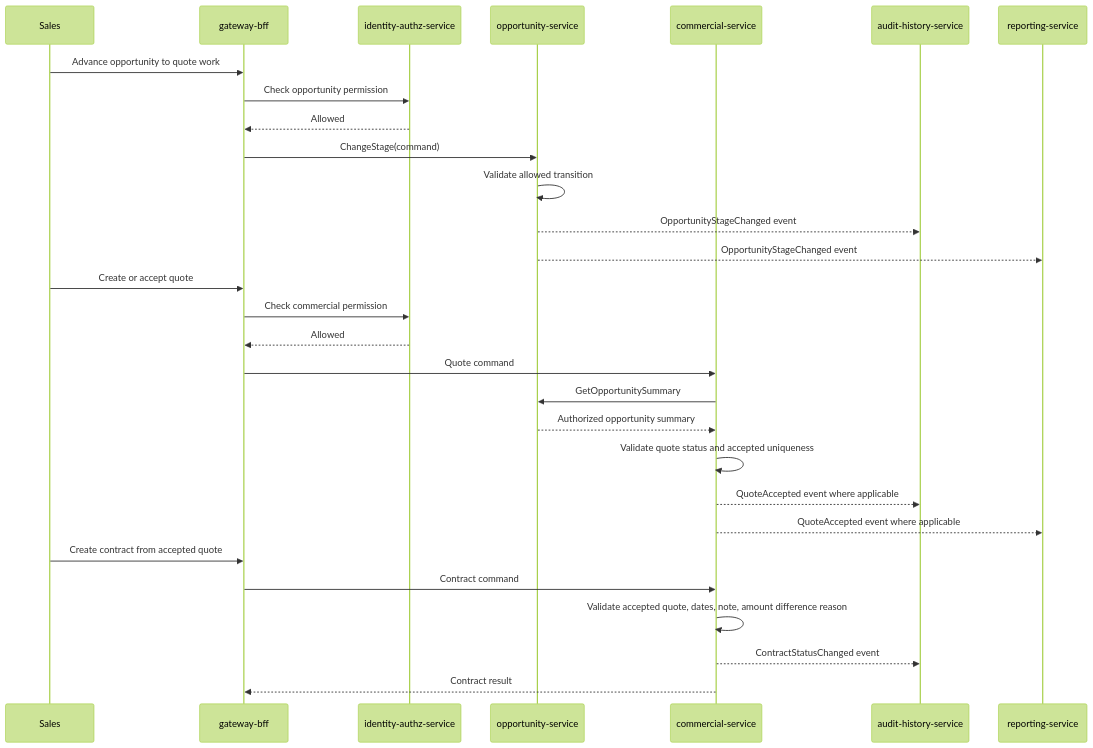
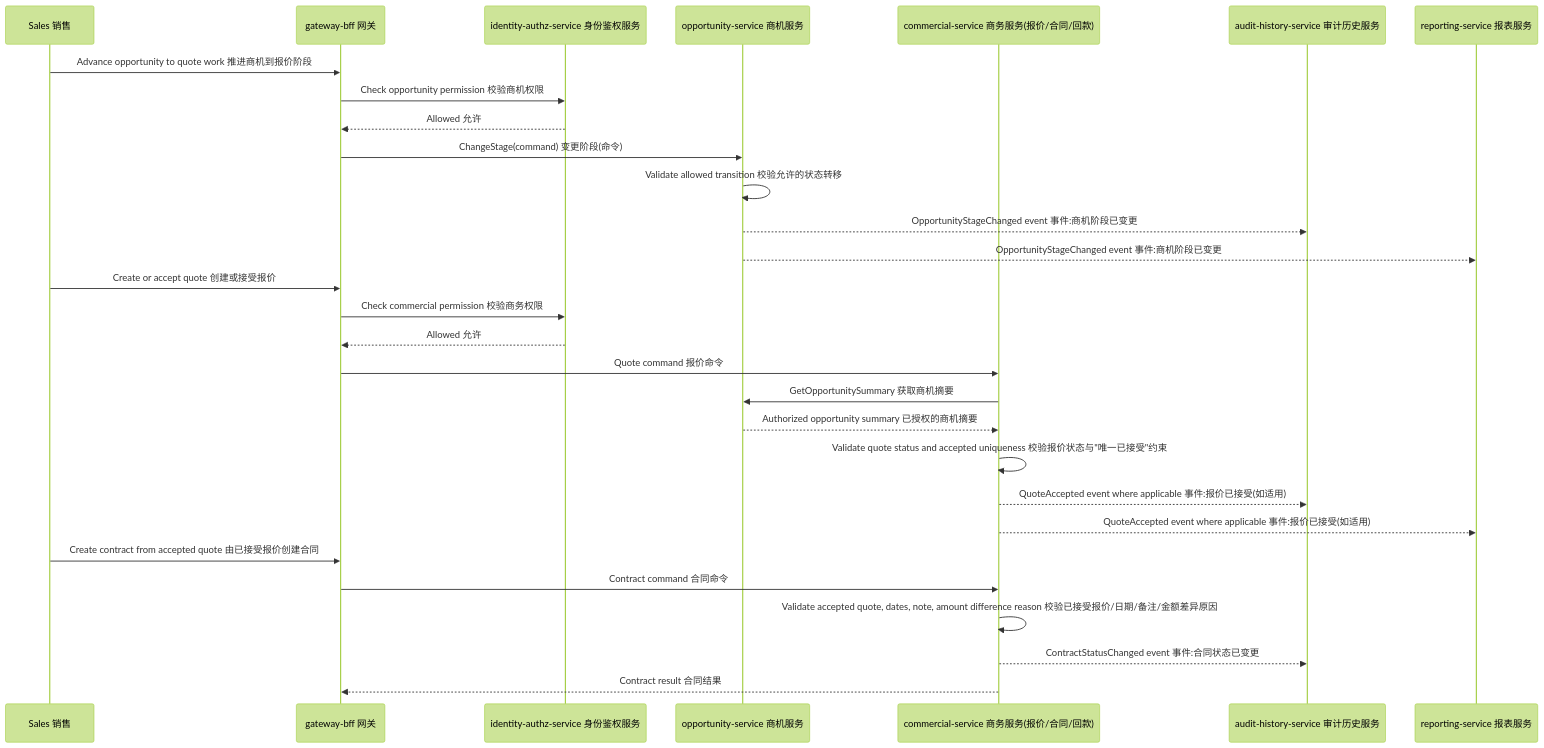
Before and after one commit to Neil996777/crm-system: the fifth of 14 diagrams in docs/architecture/architecture.md, drawn with Mermaid (forest theme). The commit also changed other lines of this file and 33 other files, not shown here.

````diff
--- a/docs/architecture/architecture.md
+++ b/docs/architecture/architecture.md
@@ -274,34 +274,34 @@
 ```mermaid
 sequenceDiagram
-  participant U as Sales
-  participant G as gateway-bff
-  participant P as identity-authz-service
-  participant O as opportunity-service
-  participant C as commercial-service
-  participant H as audit-history-service
-  participant R as reporting-service
+  participant U as Sales 销售
+  participant G as gateway-bff 网关
+  participant P as identity-authz-service 身份鉴权服务
+  participant O as opportunity-service 商机服务
+  participant C as commercial-service 商务服务(报价/合同/回款)
+  participant H as audit-history-service 审计历史服务
+  participant R as reporting-service 报表服务
 
-  U->>G: Advance opportunity to quote work
-  G->>P: Check opportunity permission
-  P-->>G: Allowed
-  G->>O: ChangeStage(command)
-  O->>O: Validate allowed transition
-  O-->>H: OpportunityStageChanged event
-  O-->>R: OpportunityStageChanged event
+  U->>G: Advance opportunity to quote work 推进商机到报价阶段
+  G->>P: Check opportunity permission 校验商机权限
+  P-->>G: Allowed 允许
+  G->>O: ChangeStage(command) 变更阶段(命令)
+  O->>O: Validate allowed transition 校验允许的状态转移
+  O-->>H: OpportunityStageChanged event 事件:商机阶段已变更
+  O-->>R: OpportunityStageChanged event 事件:商机阶段已变更
 
-  U->>G: Create or accept quote
-  G->>P: Check commercial permission
-  P-->>G: Allowed
-  G->>C: Quote command
-  C->>O: GetOpportunitySummary
-  O-->>C: Authorized opportunity summary
-  C->>C: Validate quote status and accepted uniqueness
-  C-->>H: QuoteAccepted event where applicable
-  C-->>R: QuoteAccepted event where applicable
+  U->>G: Create or accept quote 创建或接受报价
+  G->>P: Check commercial permission 校验商务权限
+  P-->>G: Allowed 允许
+  G->>C: Quote command 报价命令
+  C->>O: GetOpportunitySummary 获取商机摘要
+  O-->>C: Authorized opportunity summary 已授权的商机摘要
+  C->>C: Validate quote status and accepted uniqueness 校验报价状态与"唯一已接受"约束
+  C-->>H: QuoteAccepted event where applicable 事件:报价已接受(如适用)
+  C-->>R: QuoteAccepted event where applicable 事件:报价已接受(如适用)
 
-  U->>G: Create contract from accepted quote
-  G->>C: Contract command
-  C->>C: Validate accepted quote, dates, note, amount difference reason
-  C-->>H: ContractStatusChanged event
-  C-->>G: Contract result
+  U->>G: Create contract from accepted quote 由已接受报价创建合同
+  G->>C: Contract command 合同命令
+  C->>C: Validate accepted quote, dates, note, amount difference reason 校验已接受报价/日期/备注/金额差异原因
+  C-->>H: ContractStatusChanged event 事件:合同状态已变更
+  C-->>G: Contract result 合同结果
 ```
````
